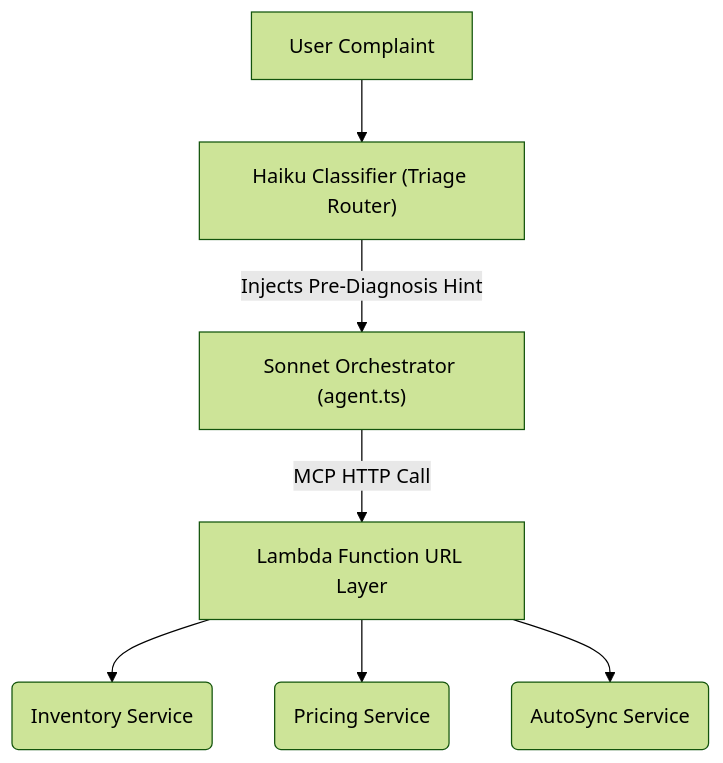
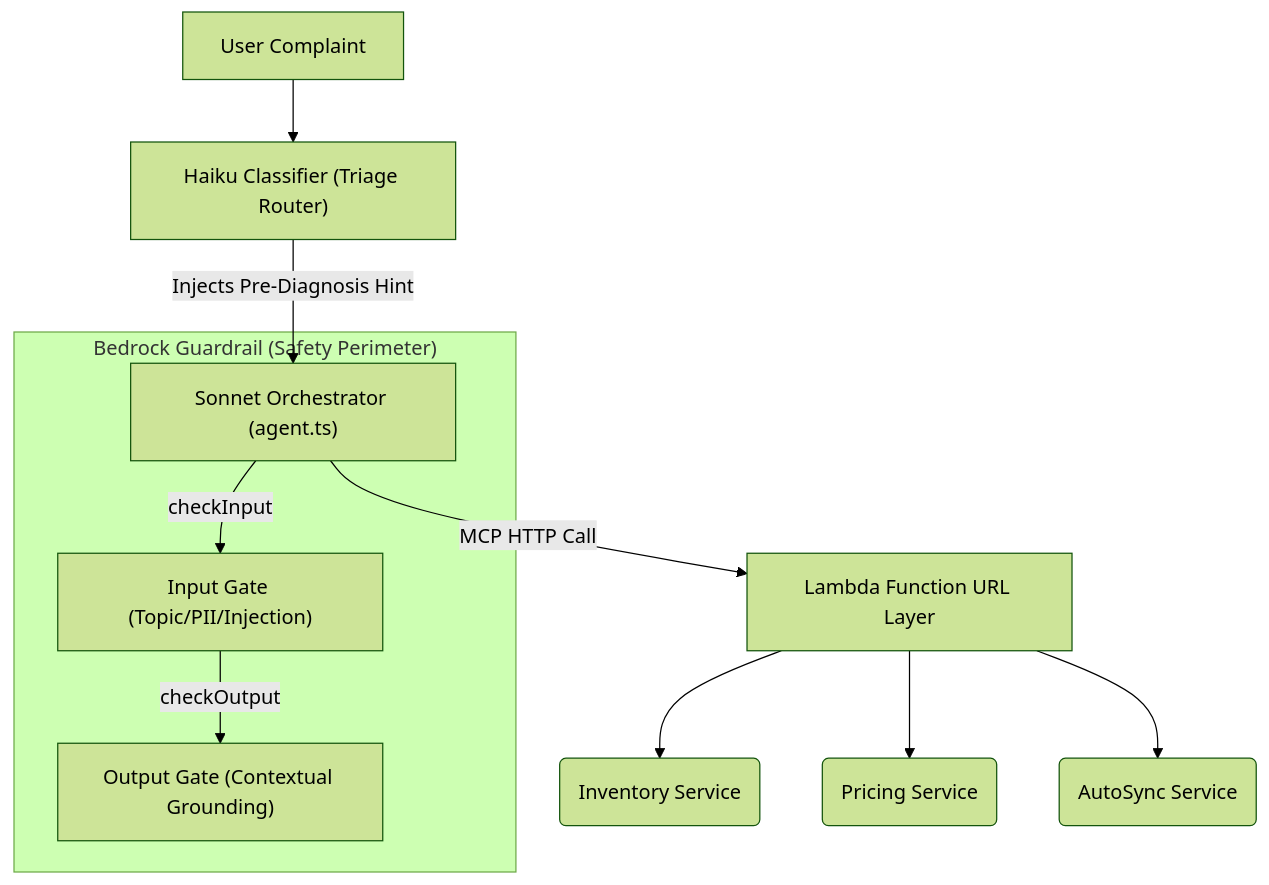
One commit to sujithpvarghese/bedrock-agent-core-operations-hub-mcp changed the first of 3 diagrams in ARCHITECTURE.md. Above: the diagram before and after it, drawn with Mermaid (forest theme). The commit also changed other lines of this file and 12 other files, not shown here.

````diff
--- a/ARCHITECTURE.md
+++ b/ARCHITECTURE.md
@@ -16,12 +16,17 @@
 ```mermaid
 graph TD
     User["User Complaint"] --> Classifier["Haiku Classifier (Triage Router)"]
     
     Classifier -->|"Injects Pre-Diagnosis Hint"| Agent["Sonnet Orchestrator (agent.ts)"]
     
     Agent -->|"MCP HTTP Call"| LambdaURL["Lambda Function URL Layer"]
     
     LambdaURL --> InvLambda("Inventory Service")
     LambdaURL --> PriceLambda("Pricing Service")
     LambdaURL --> SyncLambda("AutoSync Service")
+
+    subgraph SafetyGate ["Bedrock Guardrail (Safety Perimeter)"]
+        Agent -->|"checkInput"| IG["Input Gate (Topic/PII/Injection)"]
+        IG -->|"checkOutput"| OG["Output Gate (Contextual Grounding)"]
+    end
 ```
````
